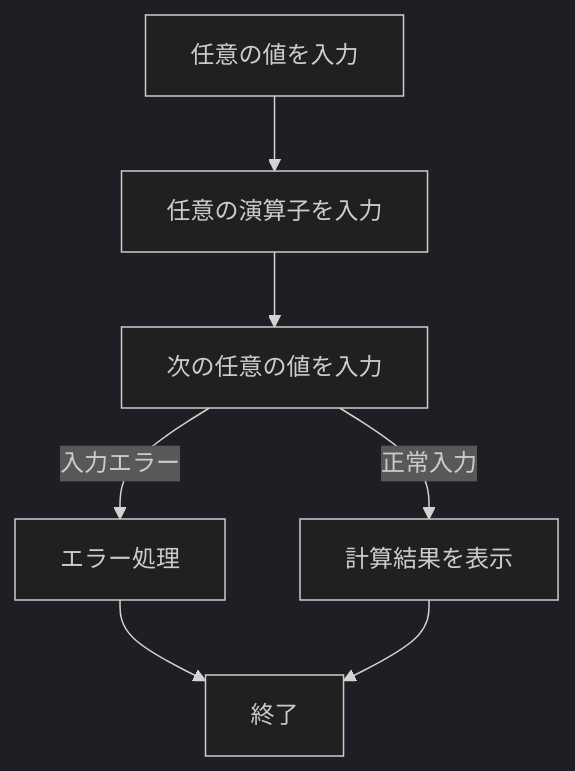
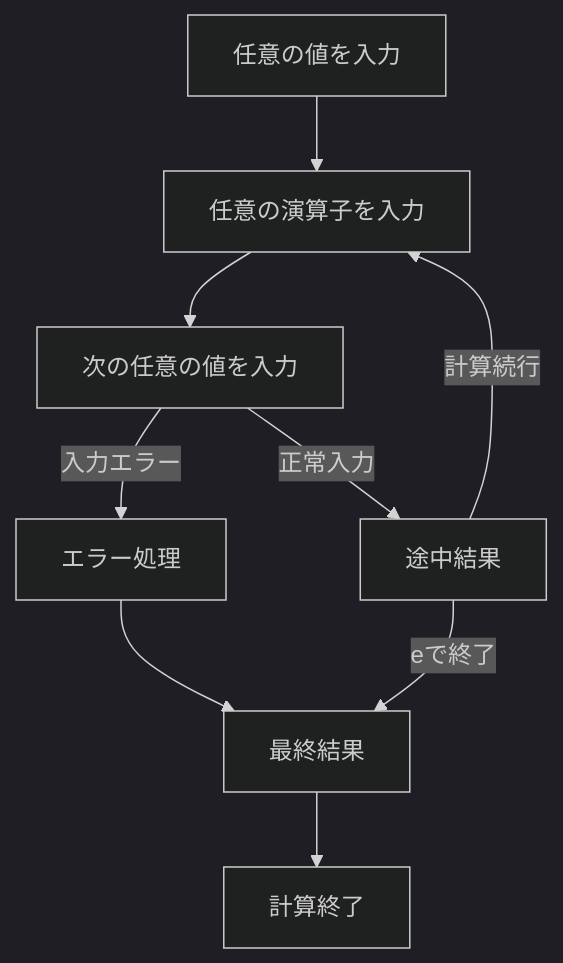
The diagram in calculator/README.md (ibit/tools), drawn with Mermaid (dark theme) before and after one commit. The commit also changed other lines of this file, not shown here.

````diff
--- a/calculator/README.md
+++ b/calculator/README.md
@@ -5,13 +5,16 @@
 ```mermaid
 flowchart TD
     A[任意の値を入力]
     B[任意の演算子を入力]
     C[次の任意の値を入力]
-    D[計算結果を表示]
+    D[途中結果]
     E[エラー処理]
-    F[終了]
+    F[最終結果]
+    G[計算終了]
 
     A --> B --> C
-    C -->|入力エラー| E --> F
-    C -->|正常入力| D --> F
+    D --> |計算続行|B
+    C --> |入力エラー|E --> F
+    C --> |正常入力|D -->|eで終了| F
+    F --> G
 ```
````
